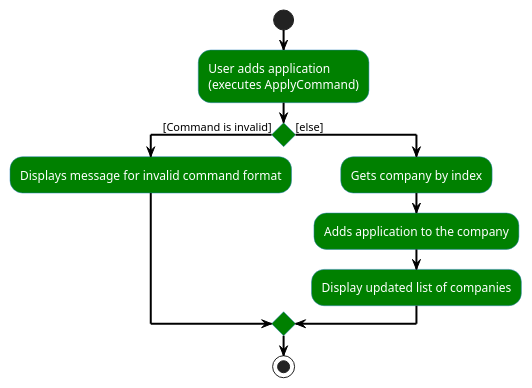
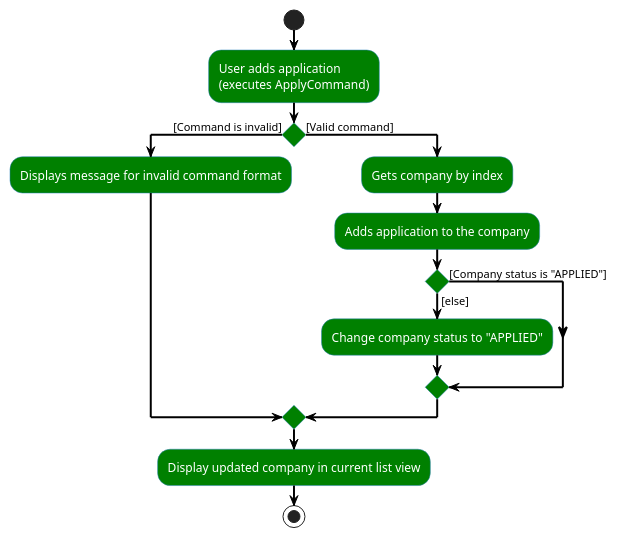
One commit to nus-cs2103-AY2425S1/tp changed the diagram in docs/diagrams/ApplyCommandActivity.puml. Above: the diagram before and after it, drawn with PlantUML.

Commit message:
Update ApplyCommandActivity UML Diagram to show status change

```diff
--- a/docs/diagrams/ApplyCommandActivity.puml
+++ b/docs/diagrams/ApplyCommandActivity.puml
@@ -1,28 +1,29 @@
 @startuml
 skinparam {
   backgroundColor white
-
   ArrowColor black
   ArrowThickness 2
-
   ActivityBackgroundColor green
   ActivityBorderColor #2980B9
   ActivityFontColor white
 }
-
 start
 :User adds application\n(executes ApplyCommand);
 
-If () then ([Command is invalid])
+if () then ([Command is invalid])
     :Displays message for invalid command format;
+else ([Valid command])
+    :Gets company by index;
 
-    else ([else])
+    :Adds application to the company;
 
-        :Gets company by index;
-        :Adds application to the company;
-        :Display updated list of companies;
+    if () then ([else])
+        :Change company status to "APPLIED";
+    else ([Company status is "APPLIED"])
+    endif
 
-        endif
+endif
+:Display updated company in current list view;
 
 stop
 @enduml
```
